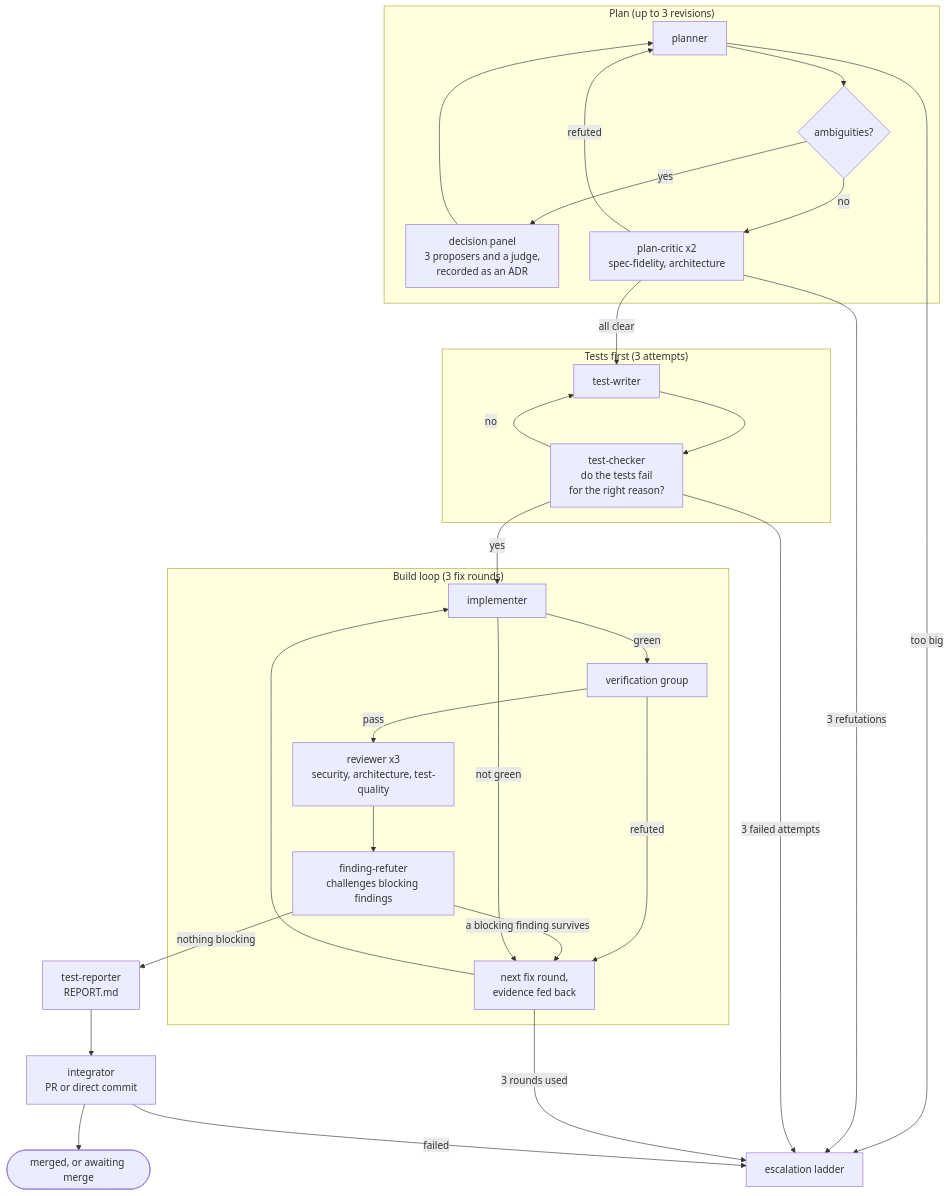
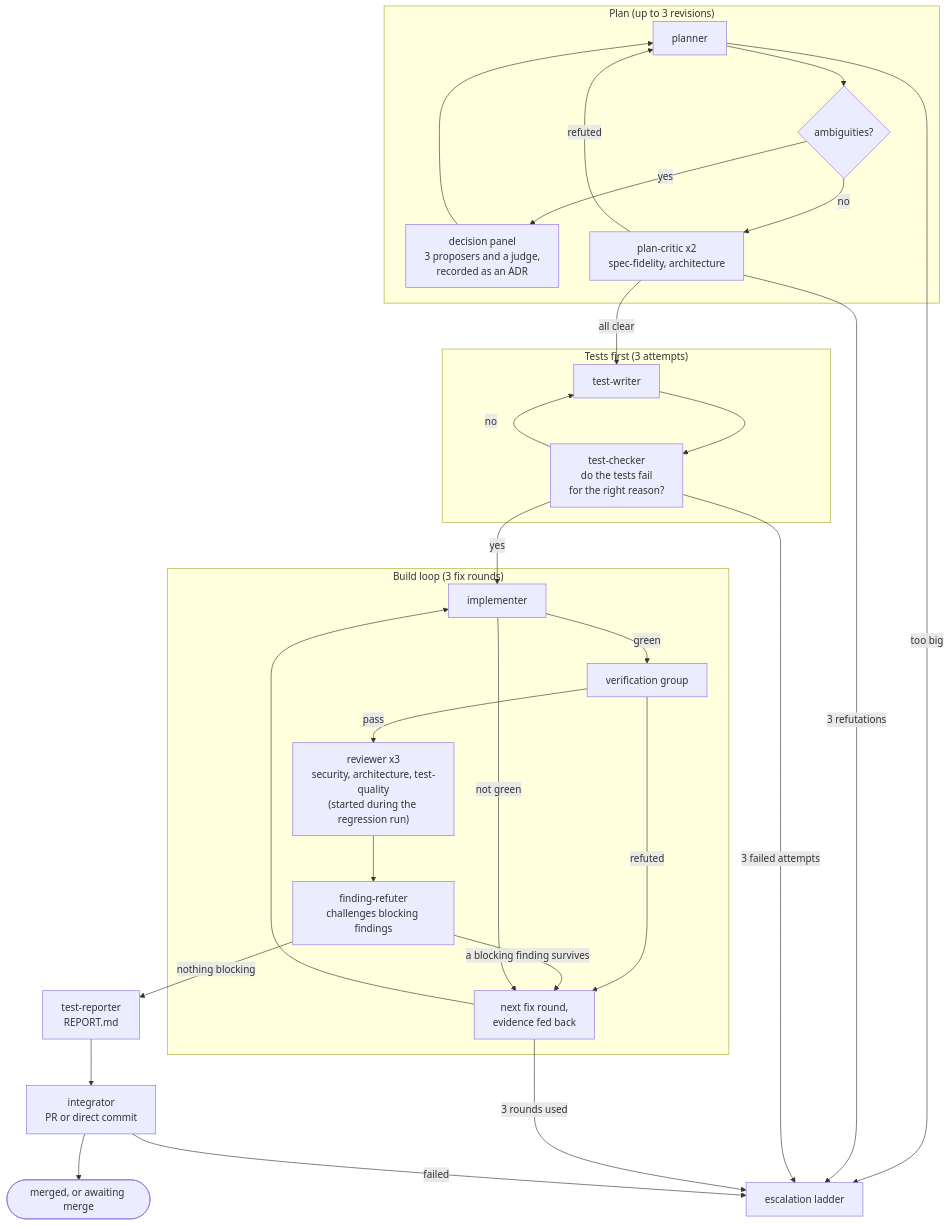
Before and after one commit to omarahr/sdlc: the fourth of 8 diagrams in README.md, drawn with Mermaid. The commit also changed other lines of this file and 12 other files, not shown here.

````diff
--- a/README.md
+++ b/README.md
@@ -237,31 +239,31 @@
 ```mermaid
 flowchart TD
   subgraph Plan ["Plan (up to 3 revisions)"]
     P["planner"] --> AMB{"ambiguities?"}
     AMB -- yes --> DP["decision panel<br/>3 proposers and a judge,<br/>recorded as an ADR"] --> P
     AMB -- no --> PC["plan-critic x2<br/>spec-fidelity, architecture"]
     PC -- refuted --> P
   end
   P -- "too big" --> ESC
   PC -- "all clear" --> T
   subgraph Tests ["Tests first (3 attempts)"]
     T["test-writer"] --> TC["test-checker<br/>do the tests fail<br/>for the right reason?"]
     TC -- no --> T
   end
   TC -- yes --> I
   subgraph Build ["Build loop (3 fix rounds)"]
     I["implementer"] -- green --> V["verification group"]
     V -- refuted --> FX["next fix round,<br/>evidence fed back"] --> I
-    V -- pass --> RV["reviewer x3<br/>security, architecture, test-quality"]
+    V -- pass --> RV["reviewer x3<br/>security, architecture, test-quality<br/>(started during the regression run)"]
     RV --> FR["finding-refuter<br/>challenges blocking findings"]
     FR -- "a blocking finding survives" --> FX
     I -- "not green" --> FX
   end
   FR -- "nothing blocking" --> REP["test-reporter<br/>REPORT.md"]
   REP --> INT["integrator<br/>PR or direct commit"]
   INT --> OUT(["merged, or awaiting merge"])
   PC -- "3 refutations" --> ESC["escalation ladder"]
   TC -- "3 failed attempts" --> ESC
   FX -- "3 rounds used" --> ESC
   INT -- failed --> ESC
 ```
````
